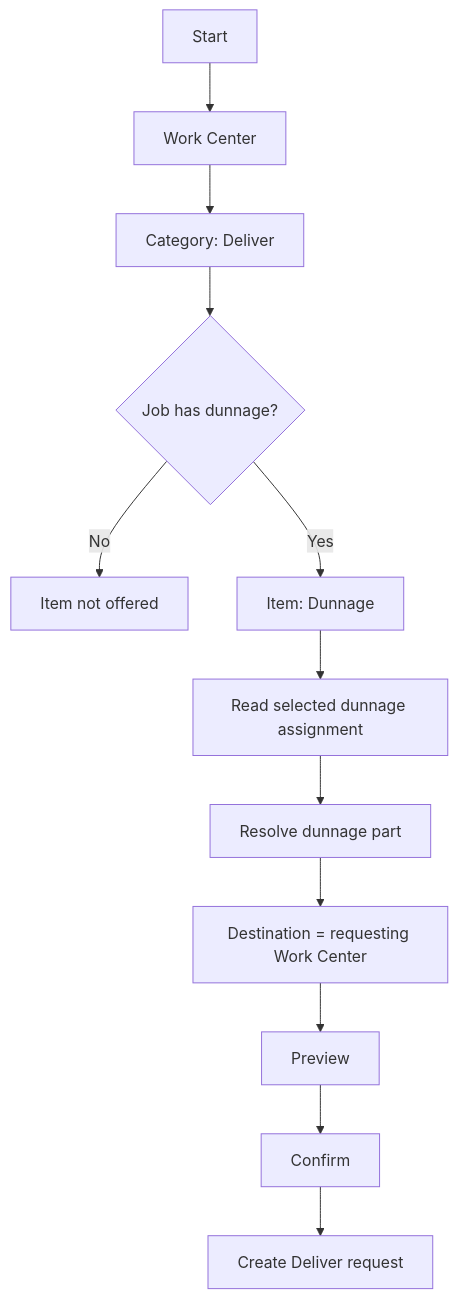
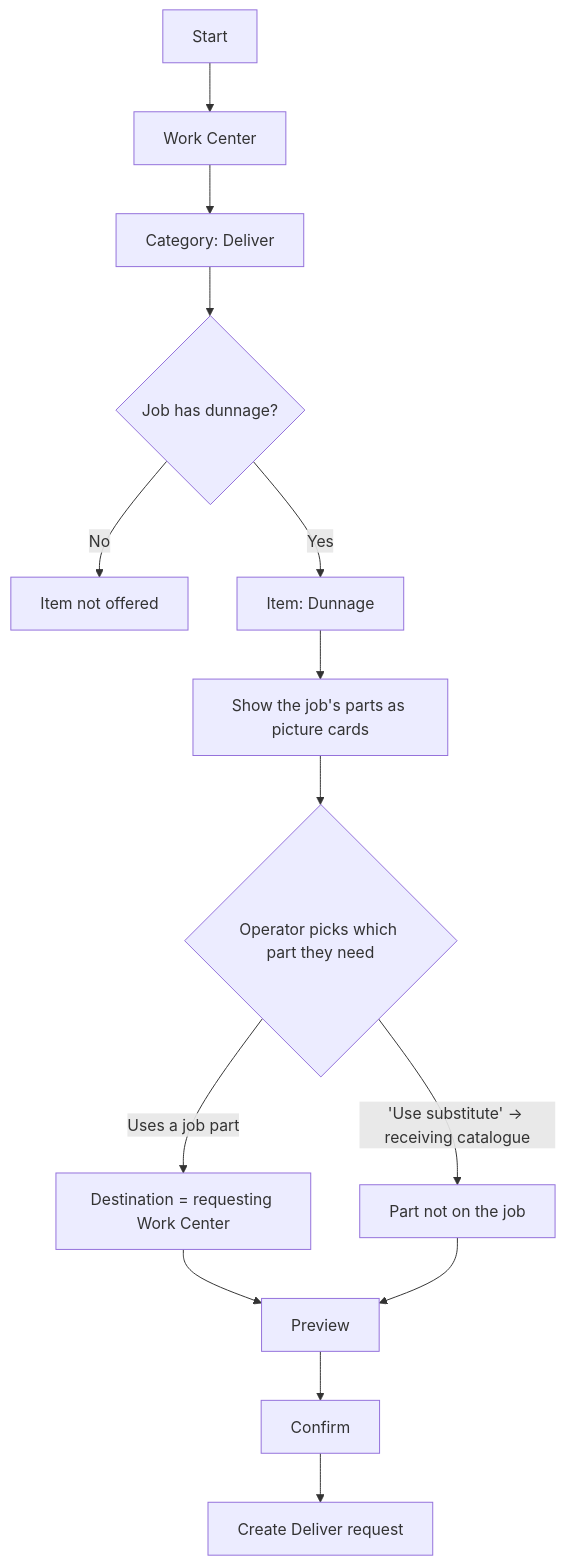
One commit to JDKoll1982/MTM_Waitlist changed diagram 13 of 22 in WeekendProject/Documents/unified-item-picker-workflows.md. Above: the diagram before and after it, drawn with Mermaid. The commit also changed other lines of this file and 70 other files, not shown here.

````diff
--- a/WeekendProject/Documents/unified-item-picker-workflows.md
+++ b/WeekendProject/Documents/unified-item-picker-workflows.md
@@ -269,14 +279,16 @@
 ```mermaid
 flowchart TD
     A["Start"] --> B["Work Center"]
     B --> C["Category: Deliver"]
     C --> E{"Job has dunnage?"}
     E -- "No" --> X["Item not offered"]
     E -- "Yes" --> D["Item: Dunnage"]
-    D --> F["Read selected dunnage assignment"]
-    F --> G["Resolve dunnage part"]
-    G --> H["Destination = requesting Work Center"]
-    H --> I["Preview"]
-    I --> J["Confirm"]
-    J --> K["Create Deliver request"]
+    D --> F["Show the job's parts as picture cards"]
+    F --> G{"Operator picks which part they need"}
+    G -- "Uses a job part" --> H["Destination = requesting Work Center"]
+    G -- "'Use substitute' → receiving catalogue" --> I["Part not on the job"]
+    H --> J["Preview"]
+    I --> J
+    J --> K["Confirm"]
+    K --> L["Create Deliver request"]
 ```
````
